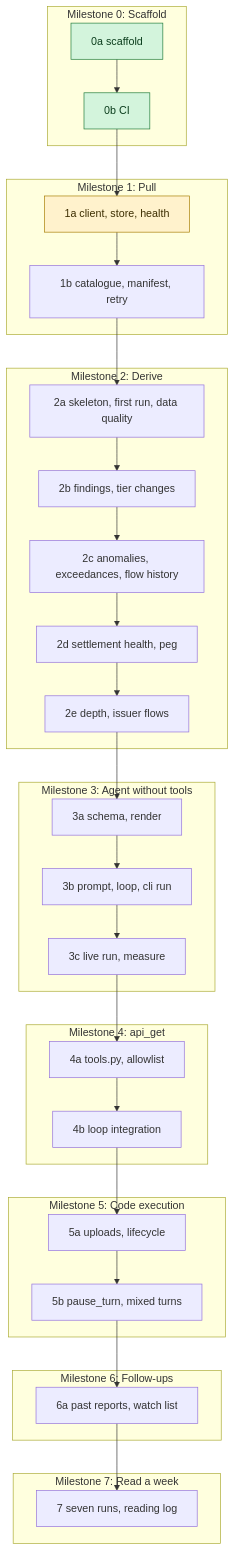
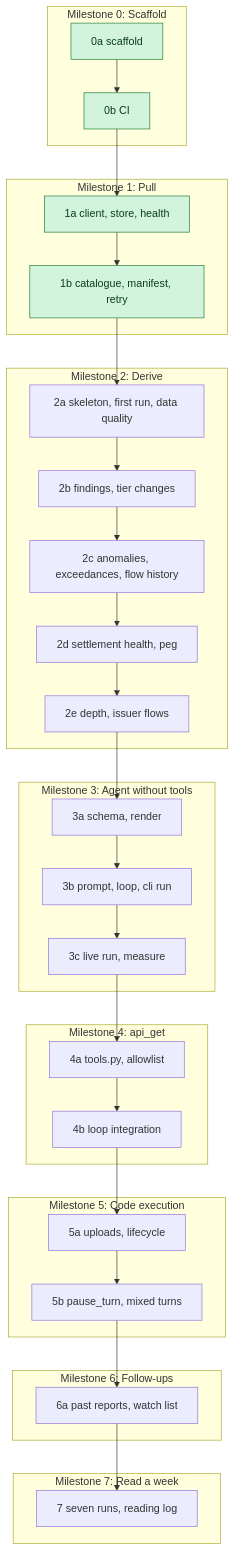
The diagram in docs/BUILD-PLAN.md (Jason-Dorman/agentic-liquidity-app-reporter), drawn with Mermaid before and after one commit. The commit also changed other lines of this file and 16 other files, not shown here.

````diff
--- a/docs/BUILD-PLAN.md
+++ b/docs/BUILD-PLAN.md
@@ -12,44 +12,45 @@
 ```mermaid
 flowchart TD
     subgraph M0["Milestone 0: Scaffold"]
         P0a["0a scaffold"] --> P0b["0b CI"]
     end
     subgraph M1["Milestone 1: Pull"]
         P1a["1a client, store, health"] --> P1b["1b catalogue, manifest, retry"]
     end
     subgraph M2["Milestone 2: Derive"]
         P2a["2a skeleton, first run, data quality"] --> P2b["2b findings, tier changes"]
         P2b --> P2c["2c anomalies, exceedances, flow history"]
         P2c --> P2d["2d settlement health, peg"]
         P2d --> P2e["2e depth, issuer flows"]
     end
     subgraph M3["Milestone 3: Agent without tools"]
         P3a["3a schema, render"] --> P3b["3b prompt, loop, cli run"]
         P3b --> P3c["3c live run, measure"]
     end
     subgraph M4["Milestone 4: api_get"]
         P4a["4a tools.py, allowlist"] --> P4b["4b loop integration"]
     end
     subgraph M5["Milestone 5: Code execution"]
         P5a["5a uploads, lifecycle"] --> P5b["5b pause_turn, mixed turns"]
     end
     subgraph M6["Milestone 6: Follow-ups"]
         P6a["6a past reports, watch list"]
     end
     subgraph M7["Milestone 7: Read a week"]
         P7["7 seven runs, reading log"]
     end
     P0b --> P1a
     P1b --> P2a
     P2e --> P3a
     P3c --> P4a
     P4b --> P5a
     P5b --> P6a
     P6a --> P7
 
     classDef done fill:#d3f4dc,stroke:#1f7a3a,color:#0b3d1c
     classDef progress fill:#fff2cc,stroke:#a67c00,color:#3d2e00
     class P0a done
     class P0b done
-    class P1a progress
+    class P1a done
+    class P1b done
 ```
````
